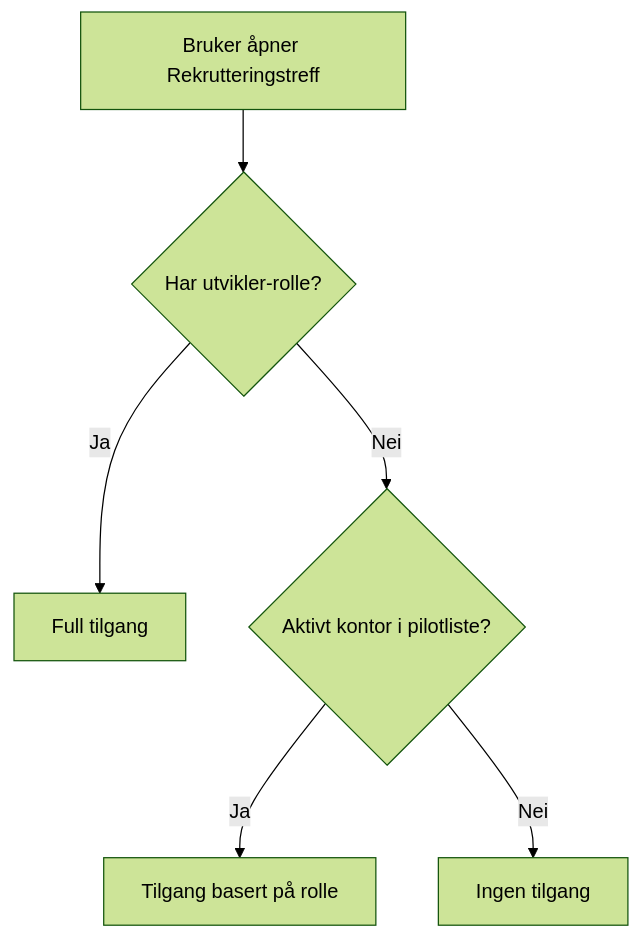
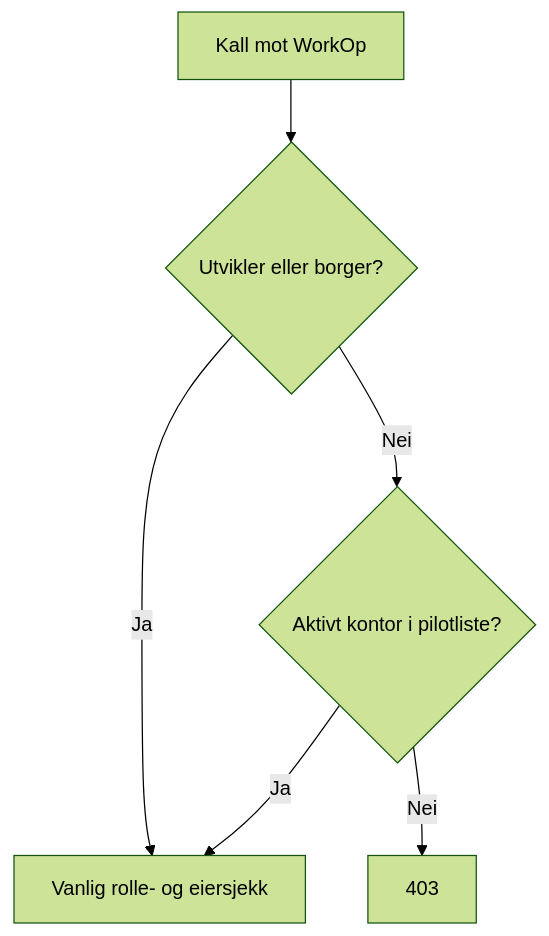
The third of 3 diagrams in docs/3-sikkerhet/tilgangsstyring.md (navikt/rekrutteringstreff-backend), drawn with Mermaid (forest theme) before and after one commit. The commit also changed other lines of this file and 20 other files, not shown here.

````diff
--- a/docs/3-sikkerhet/tilgangsstyring.md
+++ b/docs/3-sikkerhet/tilgangsstyring.md
@@ -195,8 +195,8 @@
 ```mermaid
 flowchart TD
-    A[Bruker åpner Rekrutteringstreff] --> B{Har utvikler-rolle?}
-    B -->|Ja| C[Full tilgang]
+    A[Kall mot WorkOp] --> B{Utvikler eller borger?}
+    B -->|Ja| C[Vanlig rolle- og eiersjekk]
     B -->|Nei| D{Aktivt kontor i pilotliste?}
-    D -->|Ja| E[Tilgang basert på rolle]
-    D -->|Nei| F[Ingen tilgang]
+    D -->|Ja| C
+    D -->|Nei| F[403]
 ```
````
